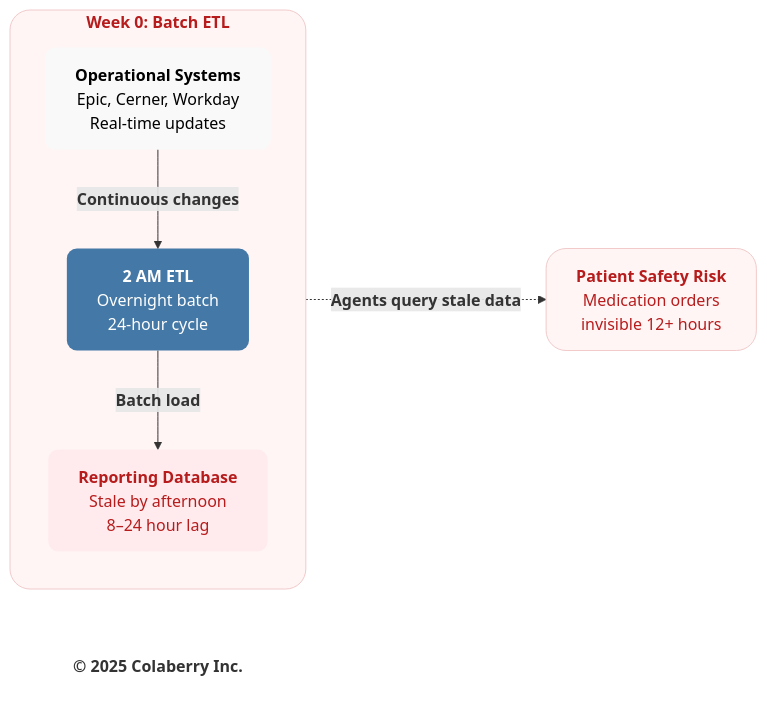
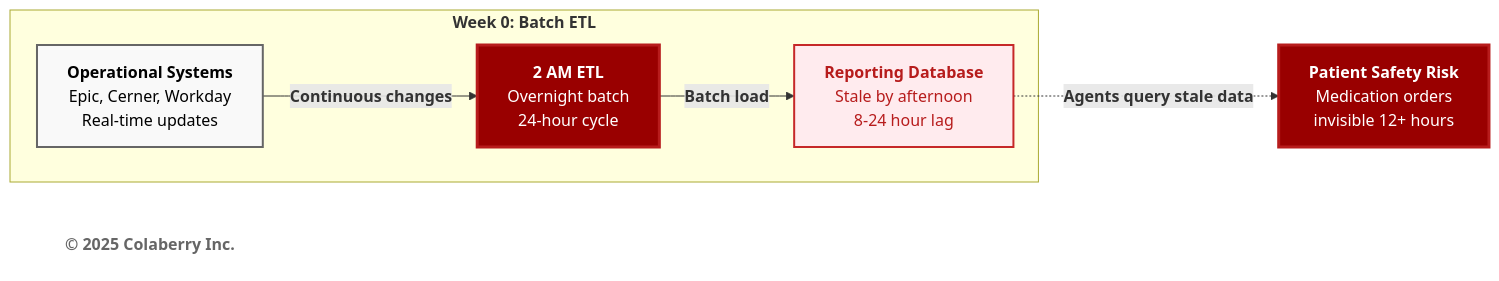
One commit to saitejesh-cyber/trust-before-intelligence-book changed the fourth of 11 diagrams in manuscript/05_chapter_4_foundation_layers.md. Above: the diagram before and after it, drawn with Mermaid. The commit also changed other lines of this file and 12 other files, not shown here.

Commit message:
Restore legacy Mermaid styles for Option 1

````diff
--- a/manuscript/05_chapter_4_foundation_layers.md
+++ b/manuscript/05_chapter_4_foundation_layers.md
@@ -288,24 +284,22 @@
 ```mermaid
 graph LR
-    subgraph WEEK0["<b>Week 0: Batch ETL</b>"]
-        direction TB
+    subgraph "<b>Week 0: Batch ETL</b>"
         OPS["<b>Operational Systems</b><br/>Epic, Cerner, Workday<br/>Real-time updates"]
         ETL["<b>2 AM ETL</b><br/>Overnight batch<br/>24-hour cycle"]
-        REPORT["<b>Reporting Database</b><br/>Stale by afternoon<br/>8–24 hour lag"]
+        REPORT["<b>Reporting Database</b><br/>Stale by afternoon<br/>8-24 hour lag"]
     end
     
     RISK["<b>Patient Safety Risk</b><br/>Medication orders<br/>invisible 12+ hours"]
     
     Copyright["<b>© 2025 Colaberry Inc.</b>"]
     
     OPS -->|<b>Continuous changes</b>| ETL
     ETL -->|<b>Batch load</b>| REPORT
     REPORT -.->|<b>Agents query stale data</b>| RISK
     
-    style OPS fill:#f9f9f9,stroke:none,color:#000000,rx:10,ry:10
-    style ETL fill:#4478A6,stroke:none,color:#ffffff,rx:10,ry:10
-    style REPORT fill:#ffebee,stroke:none,color:#b71c1c,rx:10,ry:10
-    style RISK fill:#fff5f5,stroke:#f2caca,stroke-width:1px,color:#b71c1c,rx:20,ry:20
-    style WEEK0 fill:#fff5f5,stroke:#f2caca,stroke-width:1px,color:#b71c1c,rx:20,ry:20
-    style Copyright fill:none,stroke:none,color:#333333
+    style OPS fill:#f9f9f9,stroke:#666666,stroke-width:2px,color:#000000
+    style ETL fill:#990000,color:#ffffff,stroke:#b71c1c,stroke-width:3px
+    style REPORT fill:#ffebee,stroke:#c62828,stroke-width:2px,color:#b71c1c
+    style RISK fill:#990000,color:#ffffff,stroke:#b71c1c,stroke-width:3px
+    style Copyright fill:#ffffff,stroke:none,color:#666666
 ```
````
